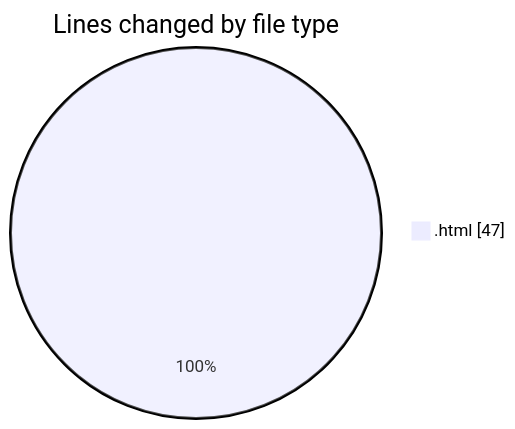
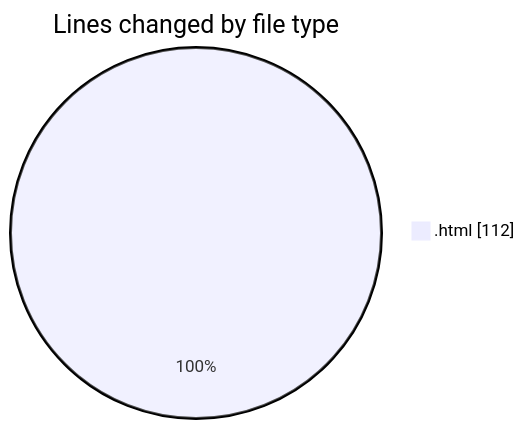
Before and after one commit to nxtqubesakshisongat/code-tracking: the first of 2 diagrams in 2025-10-25/javacript/README.md, drawn with Mermaid. The commit also changed other lines of this file and 1 other file, not shown here.

````diff
--- a/2025-10-25/javacript/README.md
+++ b/2025-10-25/javacript/README.md
@@ -20,5 +20,5 @@
 ```mermaid
 pie showData
 title Lines changed by file type
-".html" : 47
+".html" : 112
 ```
````
